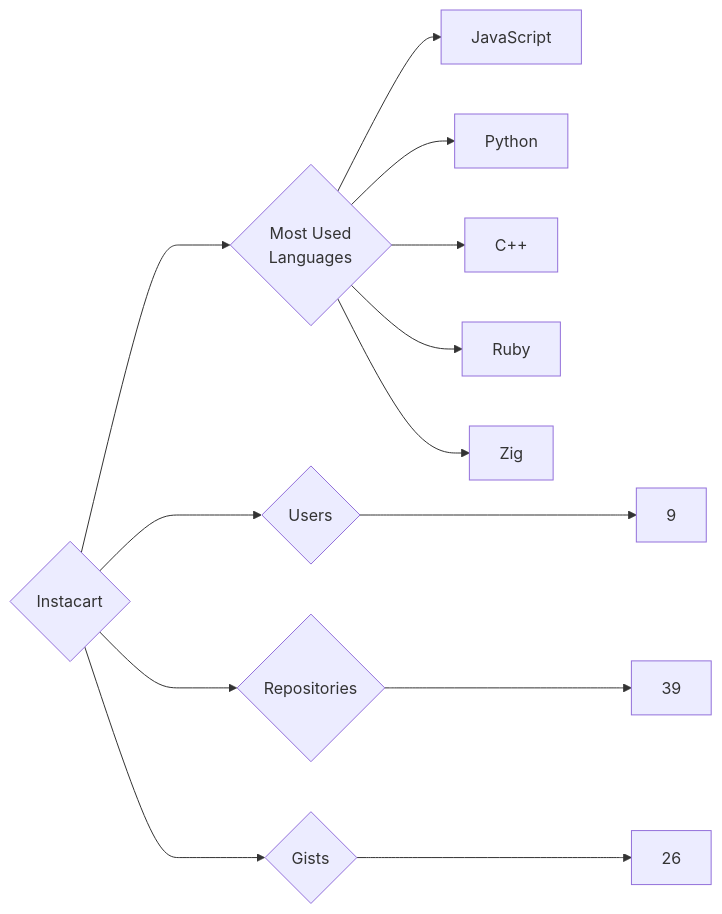
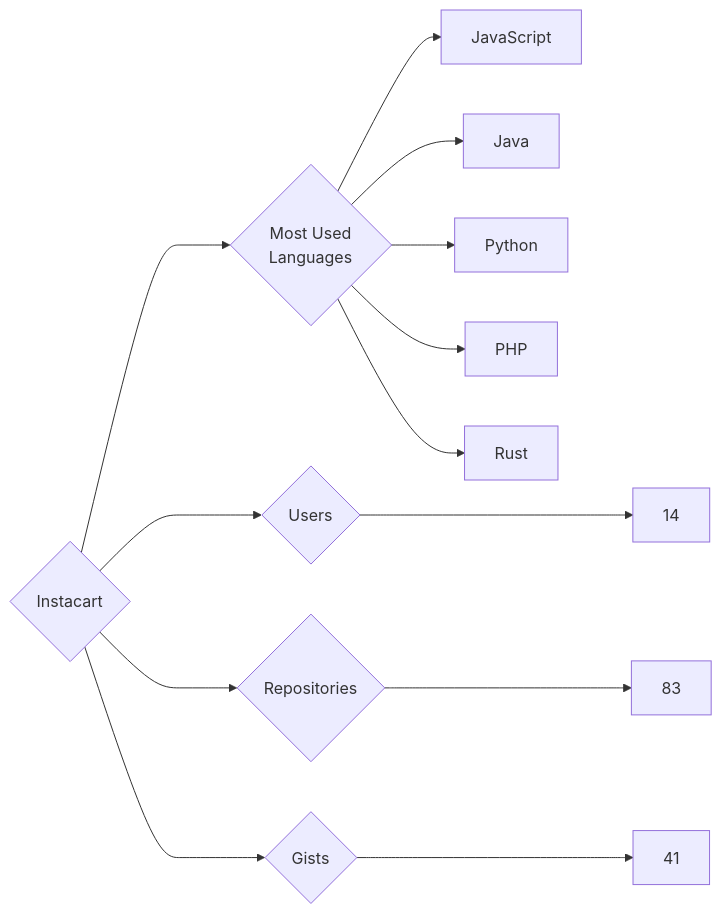
Before and after one commit to trickest/insiders: the diagram in targets/Instacart/README.md, drawn with Mermaid. The commit also changed 1175 other files, not shown here.

````diff
--- a/targets/Instacart/README.md
+++ b/targets/Instacart/README.md
@@ -3,13 +3,13 @@
 ```mermaid
 graph LR
 COMPANY_NAME{Instacart}
-COMPANY_NAME ---> U{Users} ---> UN[9]
-COMPANY_NAME ---> R{Repositories} ---> RN[39]
-COMPANY_NAME ---> G{Gists} ---> GN[26]
+COMPANY_NAME ---> U{Users} ---> UN[14]
+COMPANY_NAME ---> R{Repositories} ---> RN[83]
+COMPANY_NAME ---> G{Gists} ---> GN[41]
 COMPANY_NAME ---> ML{Most Used<br>Languages}
 ML --> JavaScript[JavaScript]
+ML --> Java[Java]
 ML --> Python[Python]
-ML --> C++[C++]
-ML --> Ruby[Ruby]
-ML --> Zig[Zig]
+ML --> PHP[PHP]
+ML --> Rust[Rust]
 ```
````
